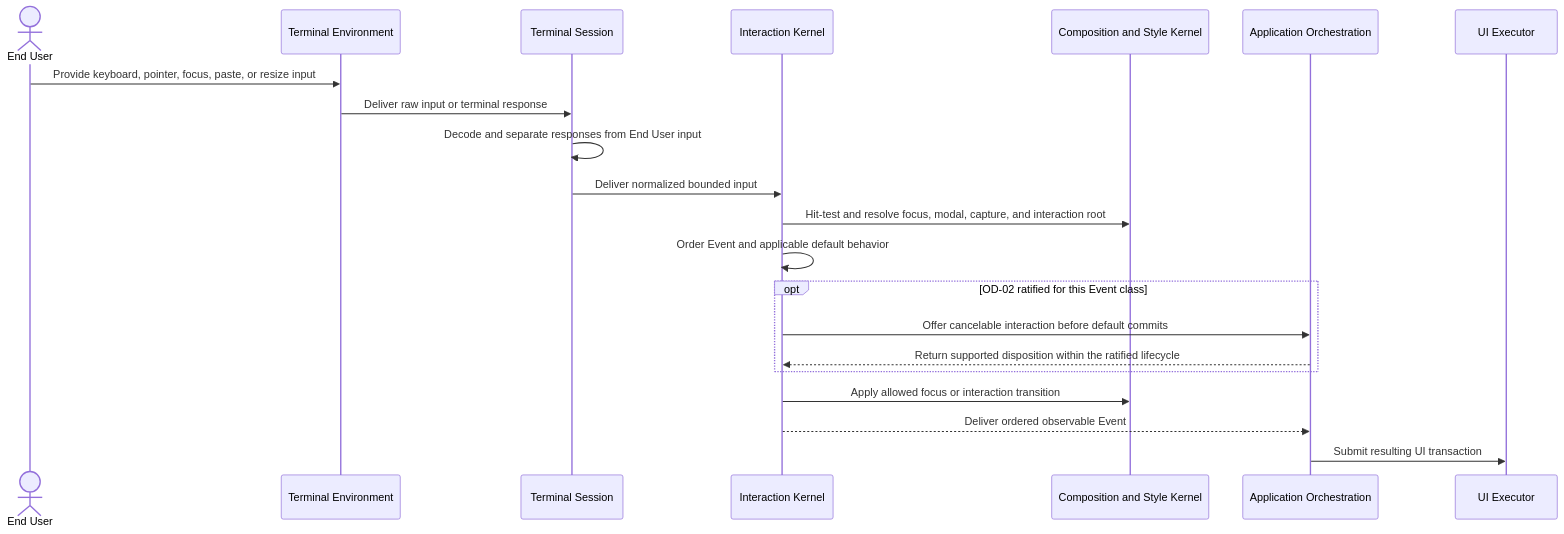
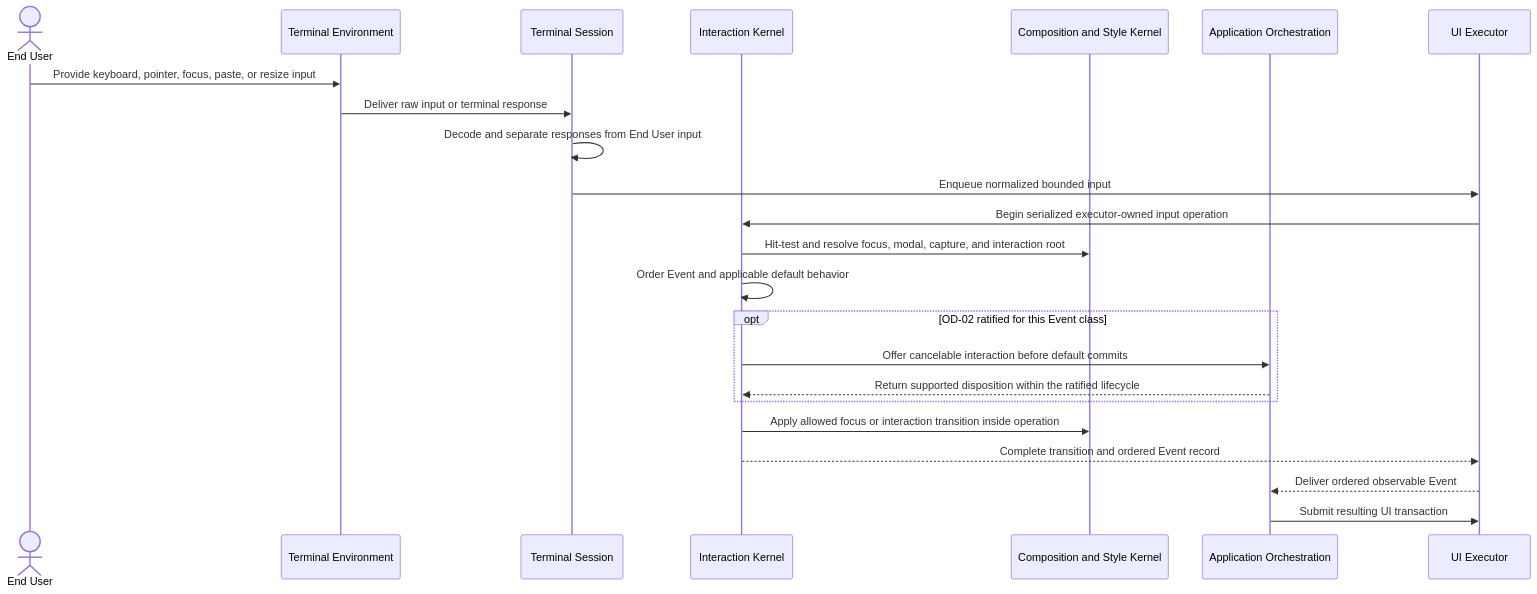
Before and after one commit to Tuvren/tuvren-tui: the diagram in .constitution/architecture/flows/input-event-focus.md, drawn with Mermaid. The commit also changed other lines of this file and 5 other files, not shown here.

First line of the commit message:
docs: make executor-owned input transitions explicit

````diff
--- a/.constitution/architecture/flows/input-event-focus.md
+++ b/.constitution/architecture/flows/input-event-focus.md
@@ -9,24 +9,26 @@
 ```mermaid
 sequenceDiagram
     actor EU as End User
     participant Term as Terminal Environment
     participant Session as Terminal Session
     participant Interact as Interaction Kernel
     participant Comp as Composition and Style Kernel
     participant Orch as Application Orchestration
     participant Exec as UI Executor
 
     EU->>Term: Provide keyboard, pointer, focus, paste, or resize input
     Term->>Session: Deliver raw input or terminal response
     Session->>Session: Decode and separate responses from End User input
-    Session->>Interact: Deliver normalized bounded input
+    Session->>Exec: Enqueue normalized bounded input
+    Exec->>Interact: Begin serialized executor-owned input operation
     Interact->>Comp: Hit-test and resolve focus, modal, capture, and interaction root
     Interact->>Interact: Order Event and applicable default behavior
     opt OD-02 ratified for this Event class
         Interact->>Orch: Offer cancelable interaction before default commits
         Orch-->>Interact: Return supported disposition within the ratified lifecycle
     end
-    Interact->>Comp: Apply allowed focus or interaction transition
-    Interact-->>Orch: Deliver ordered observable Event
+    Interact->>Comp: Apply allowed focus or interaction transition inside operation
+    Interact-->>Exec: Complete transition and ordered Event record
+    Exec-->>Orch: Deliver ordered observable Event
     Orch->>Exec: Submit resulting UI transaction
 ```
````
